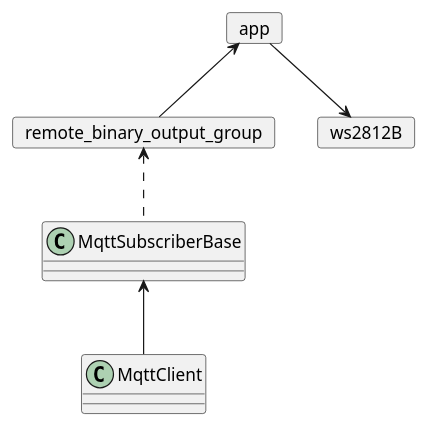
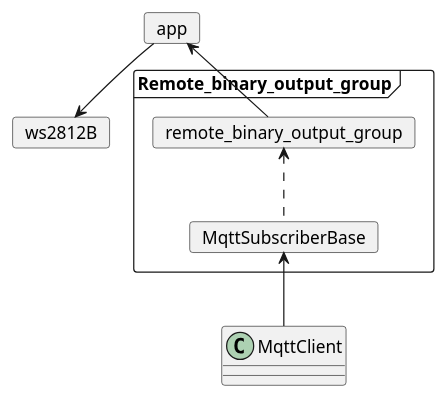
Before and after one commit to voicevon/gobot_front: the diagram in esp32_arm/src/Mqtt/docs/architecture.puml, drawn with PlantUML. The commit also changed 3 other files, not shown here.

```diff
--- a/esp32_arm/src/Mqtt/docs/architecture.puml
+++ b/esp32_arm/src/Mqtt/docs/architecture.puml
@@ -1,17 +1,21 @@
 @startuml
 allowmixing
 
 card app
-card remote_binary_output_group
+frame Remote_binary_output_group{
+    card remote_binary_output_group
+    card MqttSubscriberBase
+    remote_binary_output_group <-[dashed]- MqttSubscriberBase
+}
 card ws2812B
 
 
 app <-- remote_binary_output_group
 
-remote_binary_output_group <-[dashed]- MqttSubscriberBase
+
 app --> ws2812B
 
 MqttSubscriberBase <-- MqttClient
 
 
 @enduml
```
